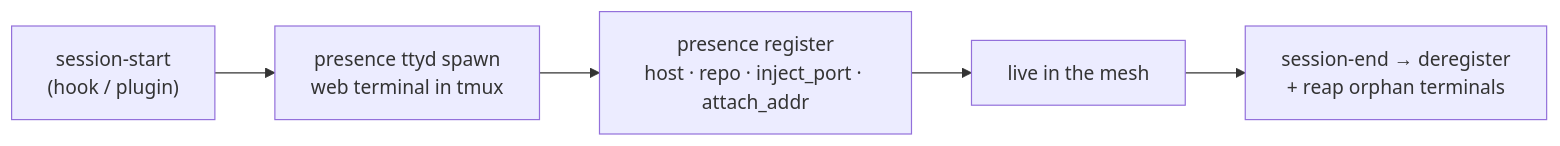
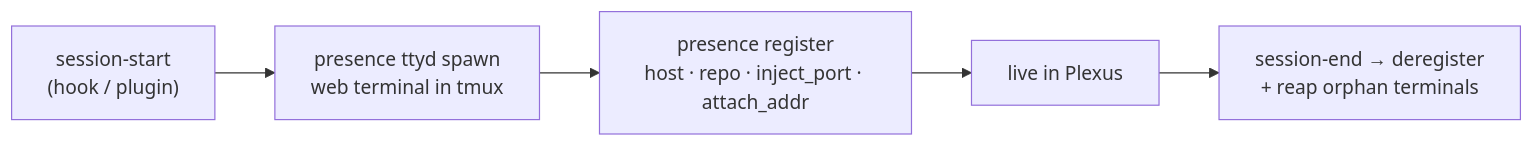
The diagram in docs/presence.md (jjuanrivvera/presence), drawn with Mermaid before and after one commit. The commit also changed other lines of this file and 28 other files, not shown here.

````diff
--- a/docs/presence.md
+++ b/docs/presence.md
@@ -66,7 +66,7 @@
 ```mermaid
 flowchart LR
   S["session-start<br/>(hook / plugin)"] --> T["presence ttyd spawn<br/>web terminal in tmux"]
   T --> R["presence register<br/>host · repo · inject_port · attach_addr"]
-  R --> L["live in the mesh"]
+  R --> L["live in Plexus"]
   L --> E["session-end → deregister<br/>+ reap orphan terminals"]
 ```
````
